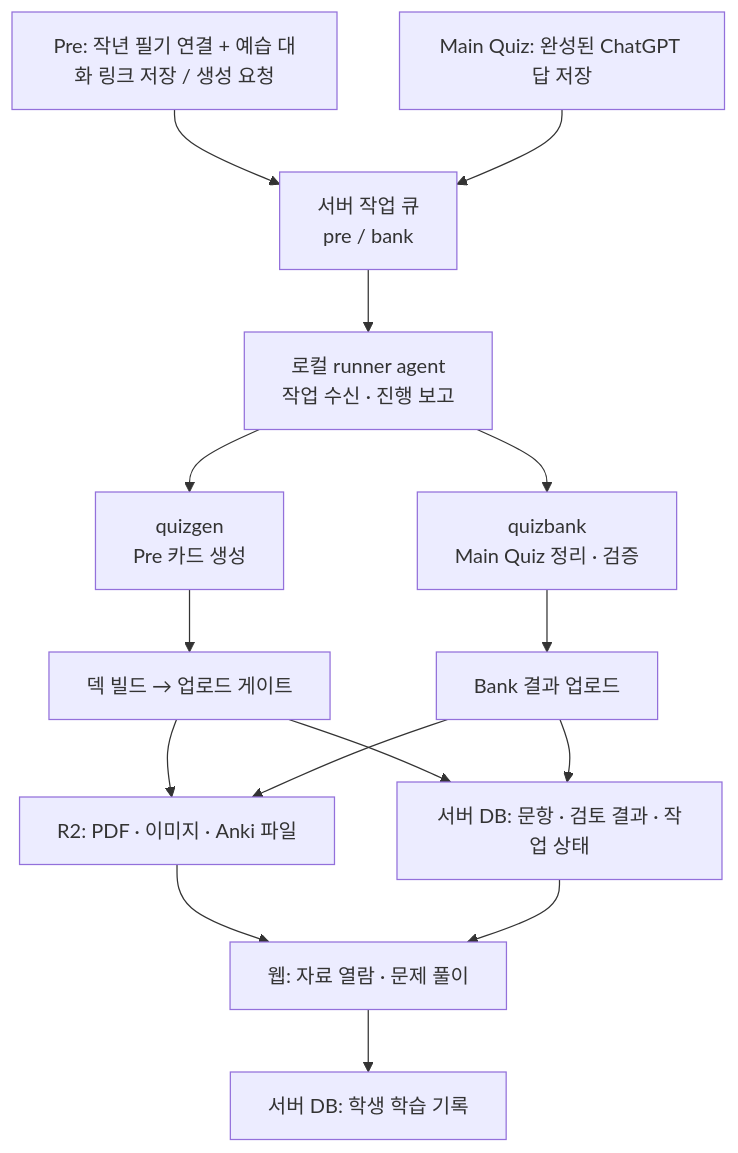
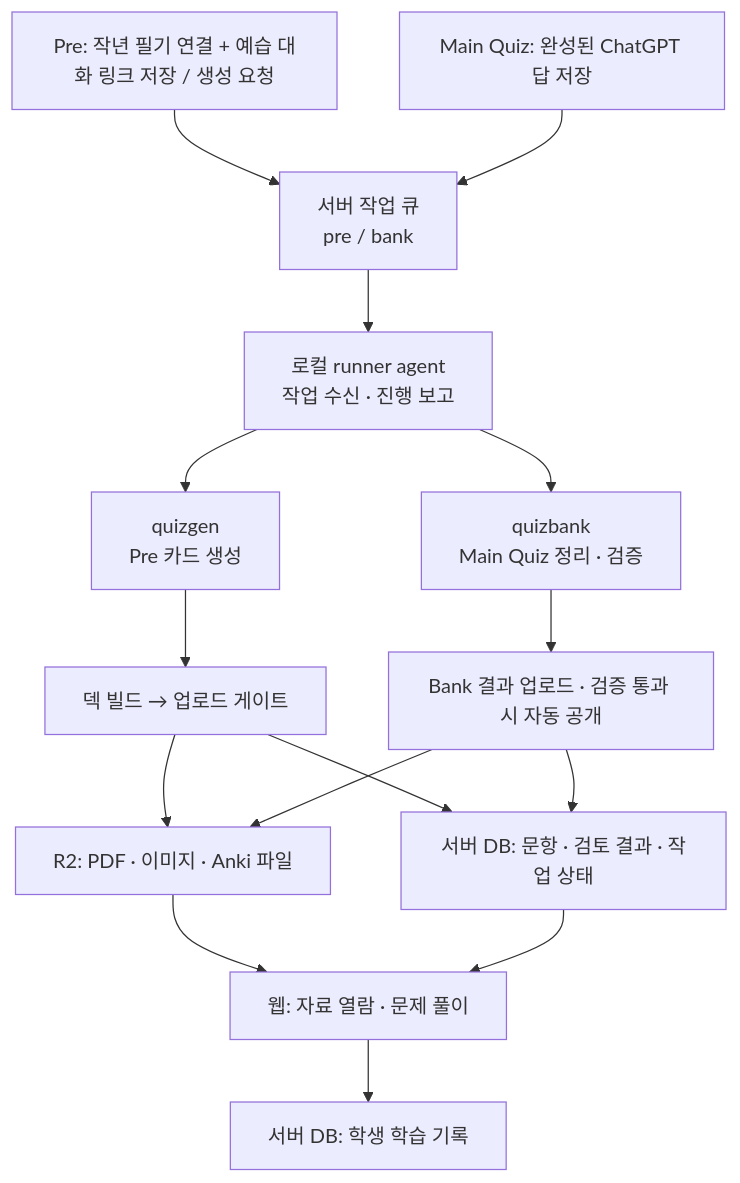
Before and after one commit to ows0104/Study_EZ_Open: the first of 3 diagrams in docs/pipeline.md, drawn with Mermaid. The commit also changed other lines of this file and 5 other files, not shown here.

````diff
--- a/docs/pipeline.md
+++ b/docs/pipeline.md
@@ -14,17 +14,17 @@
 ```mermaid
 flowchart TD
     P["Pre: 작년 필기 연결 + 예습 대화 링크 저장 / 생성 요청"] --> Q
     B["Main Quiz: 완성된 ChatGPT 답 저장"] --> Q
     Q["서버 작업 큐<br/>pre / bank"] --> R["로컬 runner agent<br/>작업 수신 · 진행 보고"]
     R --> G["quizgen<br/>Pre 카드 생성"]
     R --> K["quizbank<br/>Main Quiz 정리 · 검증"]
     G --> D["덱 빌드 → 업로드 게이트"]
-    K --> U["Bank 결과 업로드"]
+    K --> U["Bank 결과 업로드 · 검증 통과 시 자동 공개"]
     D --> F["R2: PDF · 이미지 · Anki 파일"]
     D --> S["서버 DB: 문항 · 검토 결과 · 작업 상태"]
     U --> F
     U --> S
     F --> W["웹: 자료 열람 · 문제 풀이"]
     S --> W
     W --> L["서버 DB: 학생 학습 기록"]
 ```
````
